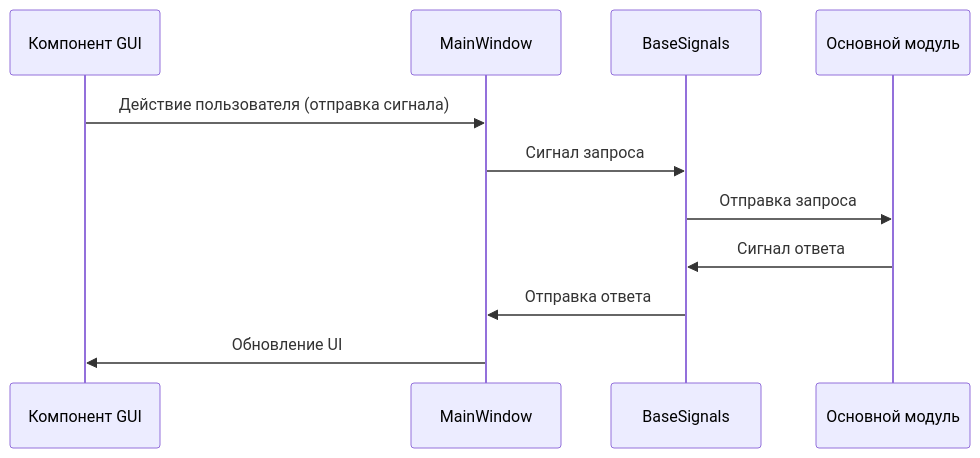
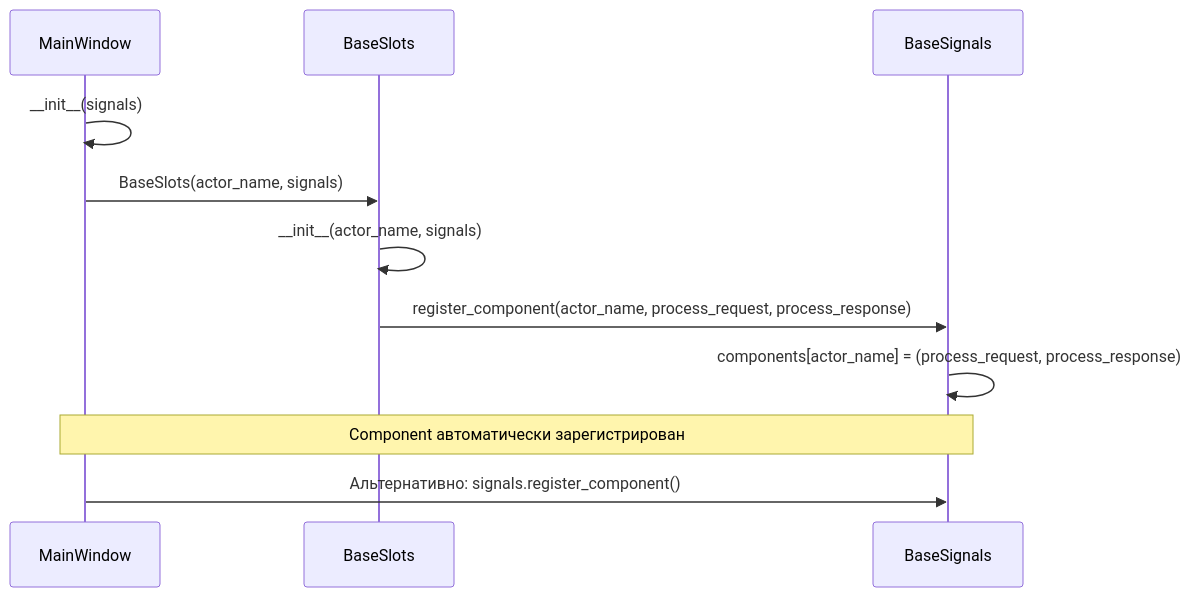
The sixth of 6 diagrams in COMPREHENSIVE_ARCHITECTURE_ANALYSIS_RU.md (kdavjd/Open_ThermoKinetics), drawn with Mermaid before and after one commit. The commit also changed other lines of this file and 1 other file, not shown here.

First line of the commit message:
feat: Integrate basinhopping optimization into existing architecture

````diff
--- a/COMPREHENSIVE_ARCHITECTURE_ANALYSIS_RU.md
+++ b/COMPREHENSIVE_ARCHITECTURE_ANALYSIS_RU.md
@@ -69,14 +318,16 @@
 ```mermaid
 sequenceDiagram
-    participant GUI as Компонент GUI
     participant MW as MainWindow
-    participant BS as BaseSignals
-    participant Core as Основной модуль
+    participant BS as BaseSlots
+    participant Signals as BaseSignals
     
-    GUI->>MW: Действие пользователя (отправка сигнала)
-    MW->>BS: Сигнал запроса
-    BS->>Core: Отправка запроса
-    Core->>BS: Сигнал ответа
-    BS->>MW: Отправка ответа
-    MW->>GUI: Обновление UI
+    MW->>MW: __init__(signals)
+    MW->>BS: BaseSlots(actor_name, signals)
+    BS->>BS: __init__(actor_name, signals)
+    BS->>Signals: register_component(actor_name, process_request, process_response)
+    Signals->>Signals: components[actor_name] = (process_request, process_response)
+    
+    Note over MW, Signals: Component автоматически зарегистрирован
+    
+    MW->>Signals: Альтернативно: signals.register_component()
 ```
````
